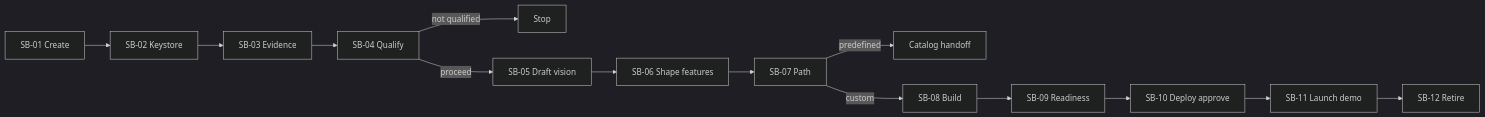
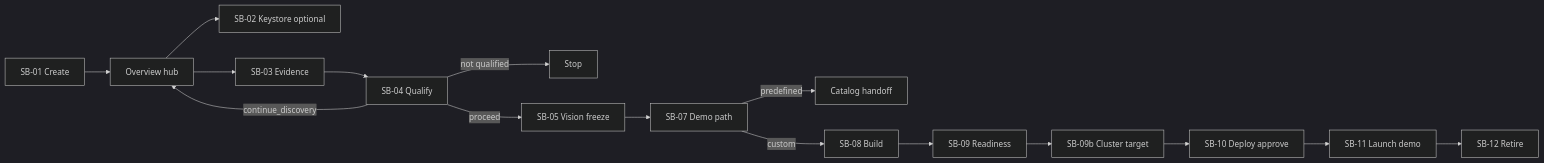
Before and after one commit to ajmeyers42/loom: the third of 4 diagrams in docs/ux/loom-ux-blueprint.md, drawn with Mermaid (dark theme). The commit also changed other lines of this file and 58 other files, not shown here.

````diff
--- a/docs/ux/loom-ux-blueprint.md
+++ b/docs/ux/loom-ux-blueprint.md
@@ -258,16 +269,18 @@
 ```mermaid
 flowchart LR
-  SB01[SB-01 Create] --> SB02[SB-02 Keystore]
-  SB02 --> SB03[SB-03 Evidence]
+  SB01[SB-01 Create] --> Overview[Overview hub]
+  Overview --> SB02[SB-02 Keystore optional]
+  Overview --> SB03[SB-03 Evidence]
   SB03 --> SB04[SB-04 Qualify]
   SB04 -->|not qualified| Stop[Stop]
-  SB04 -->|proceed| SB05[SB-05 Draft vision]
-  SB05 --> SB06[SB-06 Shape features]
-  SB06 --> SB07[SB-07 Path]
+  SB04 -->|continue_discovery| Overview
+  SB04 -->|proceed| SB05[SB-05 Vision freeze]
+  SB05 --> SB07[SB-07 Demo path]
   SB07 -->|predefined| Catalog[Catalog handoff]
   SB07 -->|custom| SB08[SB-08 Build]
   SB08 --> SB09[SB-09 Readiness]
-  SB09 --> SB10[SB-10 Deploy approve]
+  SB09 --> SB09b[SB-09b Cluster target]
+  SB09b --> SB10[SB-10 Deploy approve]
   SB10 --> SB11[SB-11 Launch demo]
   SB11 --> SB12[SB-12 Retire]
 ```
````
